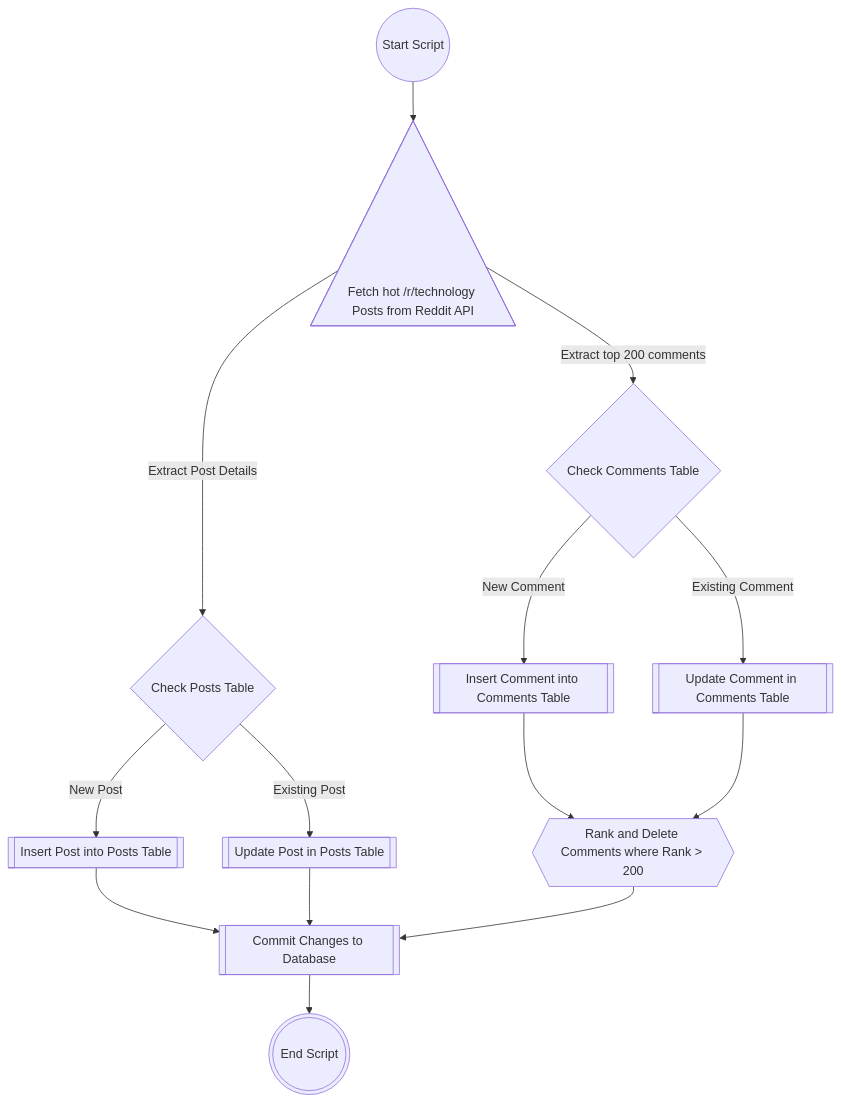
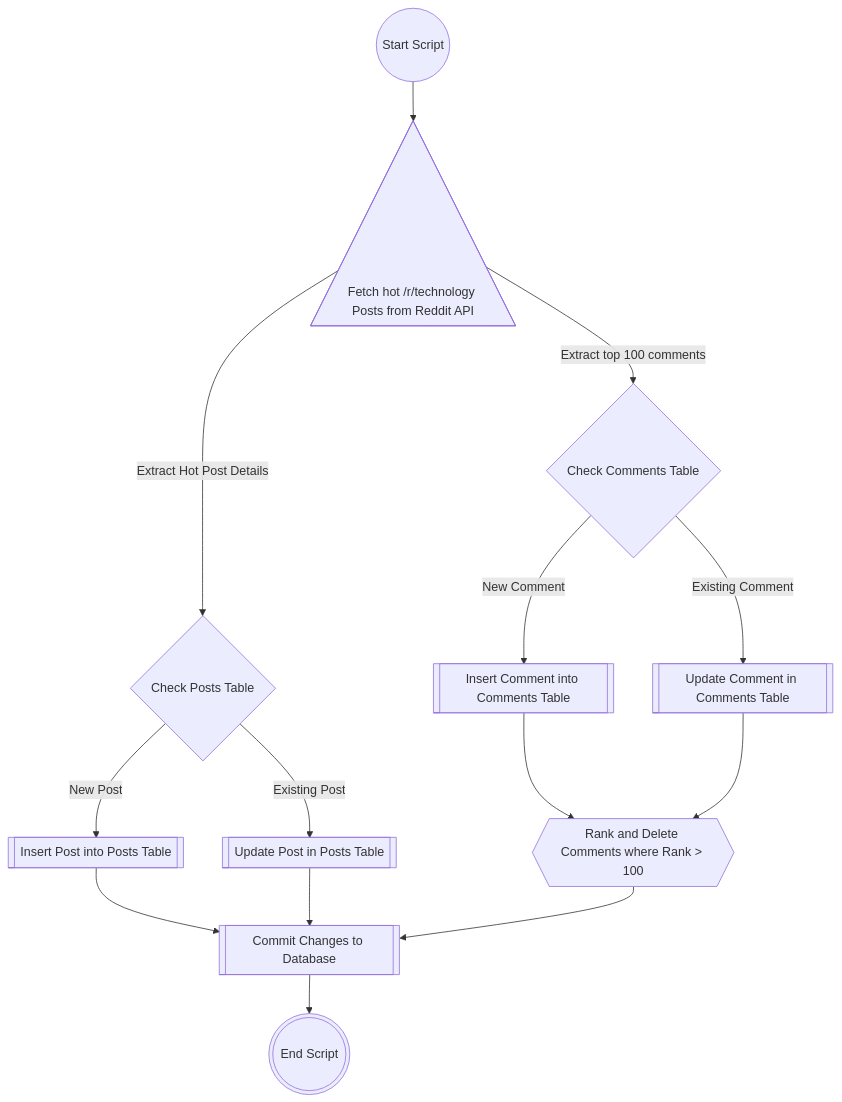
One commit to Squire-A/df_capstone_reddit_tech_data changed the second of 2 diagrams in README.md. Above: the diagram before and after it, drawn with Mermaid. The commit also changed other lines of this file, not shown here.

````diff
--- a/README.md
+++ b/README.md
@@ -87,28 +88,28 @@
 ```mermaid
 graph TD
     A@{shape: circle, label: "Start Script"}
     B@{shape: tri, label: "Fetch hot /r/technology Posts from Reddit API"}
     C@{shape: diamond, label: "Check Posts Table" }
     D@{shape: subproc, label: "Insert Post into Posts Table"}
     E@{shape: subproc, label: "Update Post in Posts Table"}
     F@{shape: diamond, label: "Check Comments Table" }
     G@{shape: subproc, label: "Insert Comment into Comments Table"}
     H@{shape: subproc, label: "Update Comment in Comments Table"}
-    I@{shape: hex, label: "Rank and Delete Comments where Rank > 200"}
+    I@{shape: hex, label: "Rank and Delete Comments where Rank > 100"}
     J@{shape: subproc, label: "Commit Changes to Database"}
     K@{shape: dbl-circ, label: "End Script"}
 
     A --> B
-    B --> |"Extract Post Details"| C
+    B --> |"Extract Hot Post Details"| C
     C --> |"New Post"| D
     C --> |"Existing Post"| E
-    B --> |"Extract top 200 comments"| F
+    B --> |"Extract top 100 comments"| F
     F --> |"New Comment"| G
     F --> |"Existing Comment"| H
     G --> I
     H --> I
     D --> J
     E --> J
     I --> J
     J --> K
 ```
````
